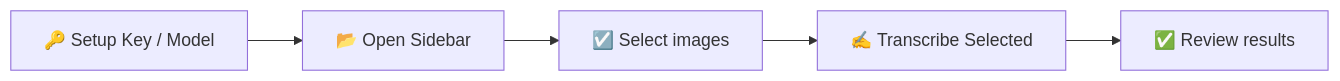
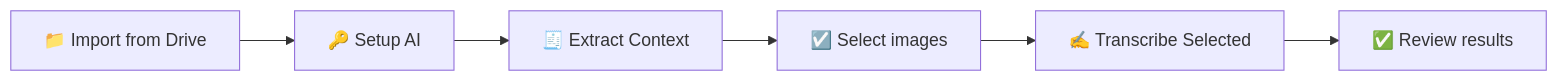
One commit to dekochka/geneascript-gdoc-addon changed the second of 3 diagrams in docs/USER_GUIDE.md. Above: the diagram before and after it, drawn with Mermaid. The commit also changed other lines of this file and 6 other files, not shown here.

````diff
--- a/docs/USER_GUIDE.md
+++ b/docs/USER_GUIDE.md
@@ -20,7 +20,8 @@
 ```mermaid
 flowchart LR
-  D[🔑 Setup Key / Model] --> E[📂 Open Sidebar]
-  E --> F[☑️ Select images]
-  F --> G[✍️ Transcribe Selected]
-  G --> H[✅ Review results]
+  D[📁 Import from Drive] --> E[🔑 Setup AI]
+  E --> F[🧾 Extract Context]
+  F --> G[☑️ Select images]
+  G --> H[✍️ Transcribe Selected]
+  H --> I[✅ Review results]
 ```
````
